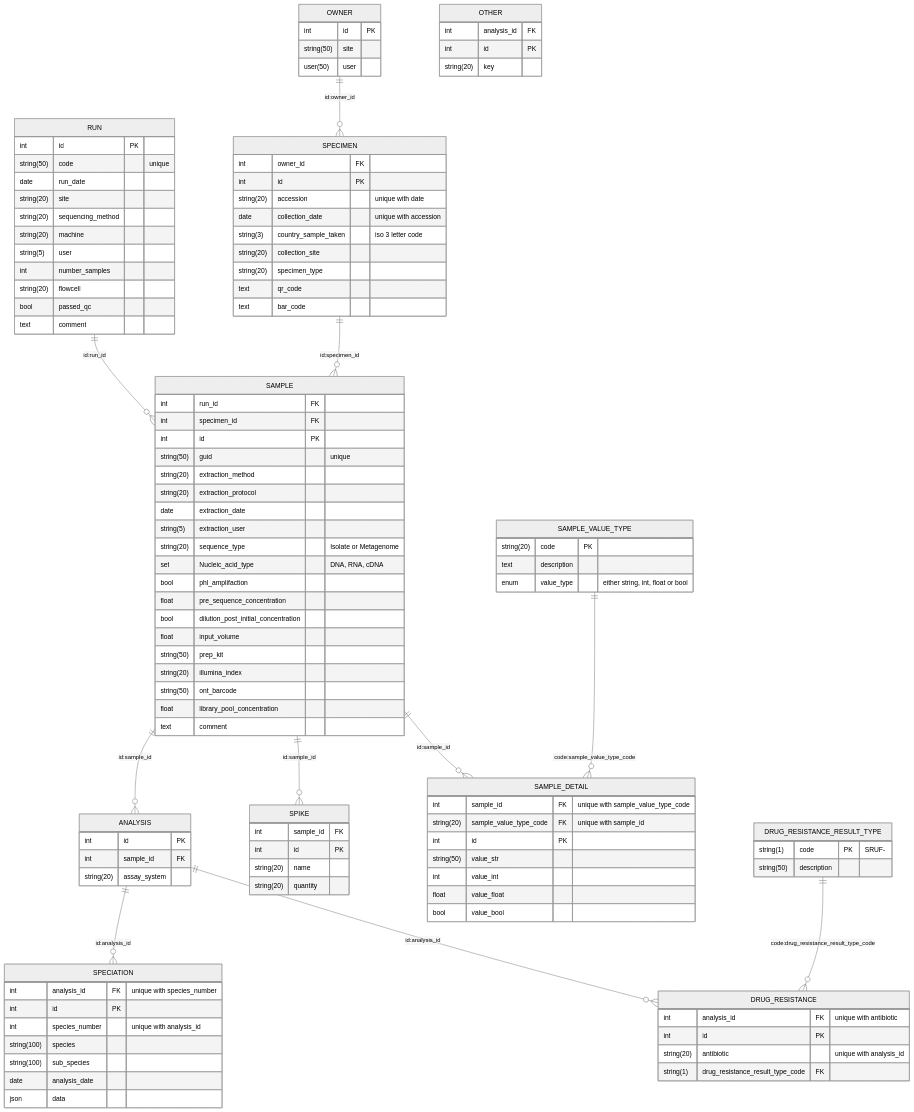
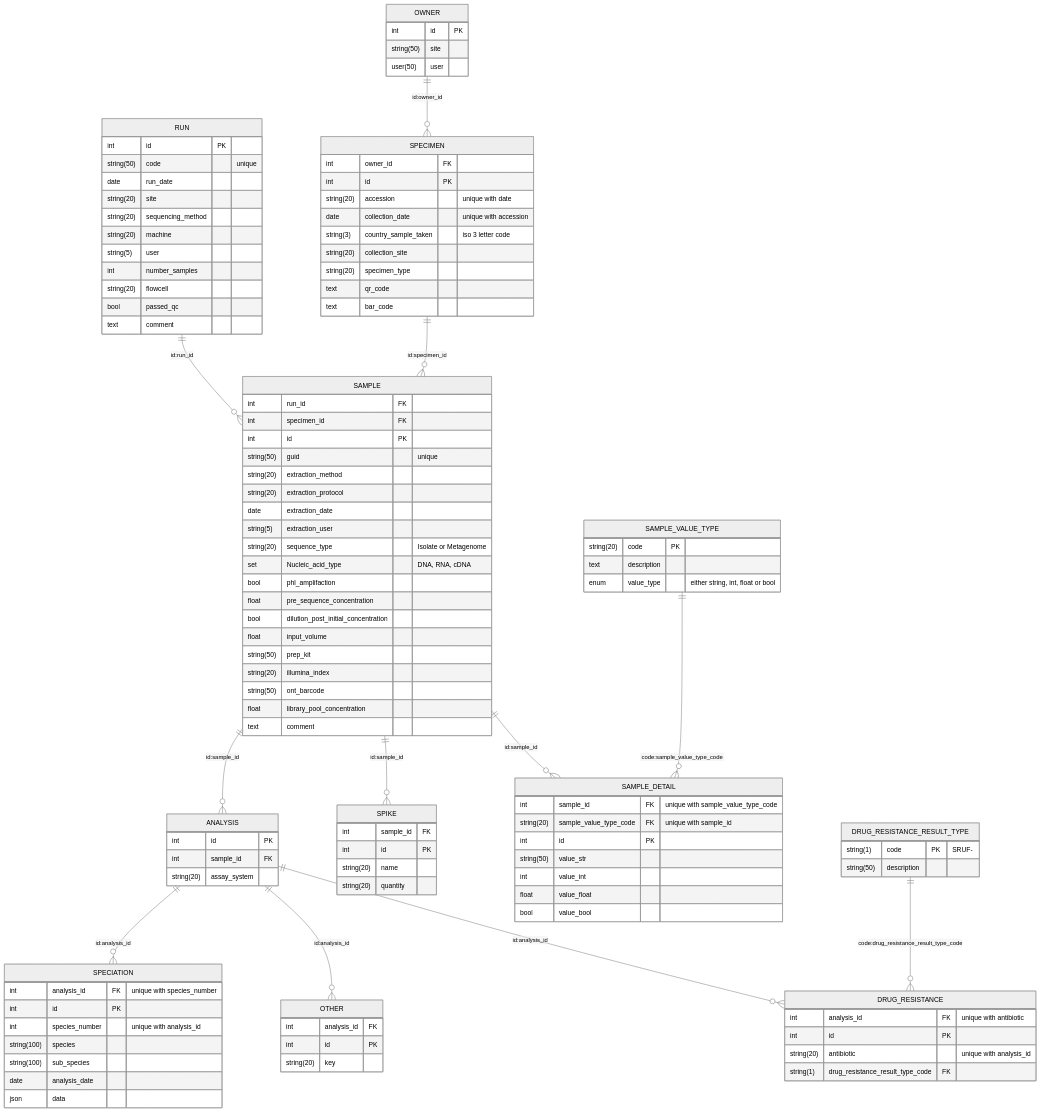
Before and after one commit to oxfordmmm/gpas_local_db: the diagram in docs/database-layout.md, drawn with Mermaid (neutral theme).

Commit message:
added relationship for other table to database diagram

```diff
--- a/docs/database-layout.md
+++ b/docs/database-layout.md
@@ -120,6 +120,7 @@
     SAMPLE ||--o{ ANALYSIS : "id:sample_id"
     SAMPLE ||--o{ SPIKE : "id:sample_id"
     ANALYSIS ||--o{ SPECIATION : "id:analysis_id"
+    ANALYSIS ||--o{ OTHER : "id:analysis_id"
     ANALYSIS ||--o{ DRUG_RESISTANCE : "id:analysis_id"
     DRUG_RESISTANCE_RESULT_TYPE ||--o{ DRUG_RESISTANCE : "code:drug_resistance_result_type_code"
     SAMPLE ||--o{ SAMPLE_DETAIL: "id:sample_id"
```
